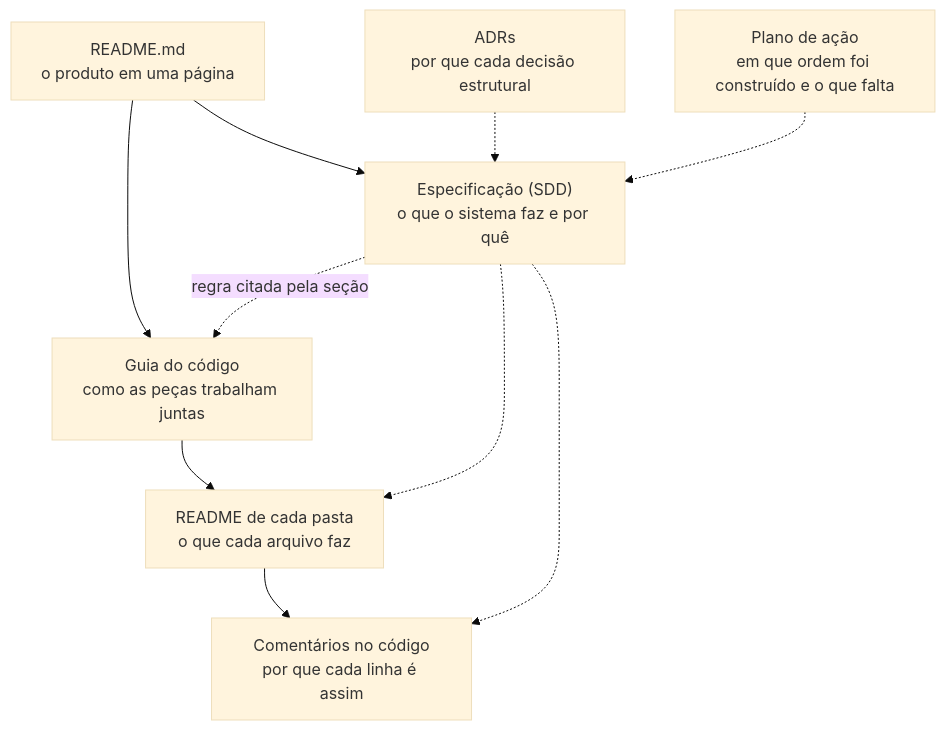
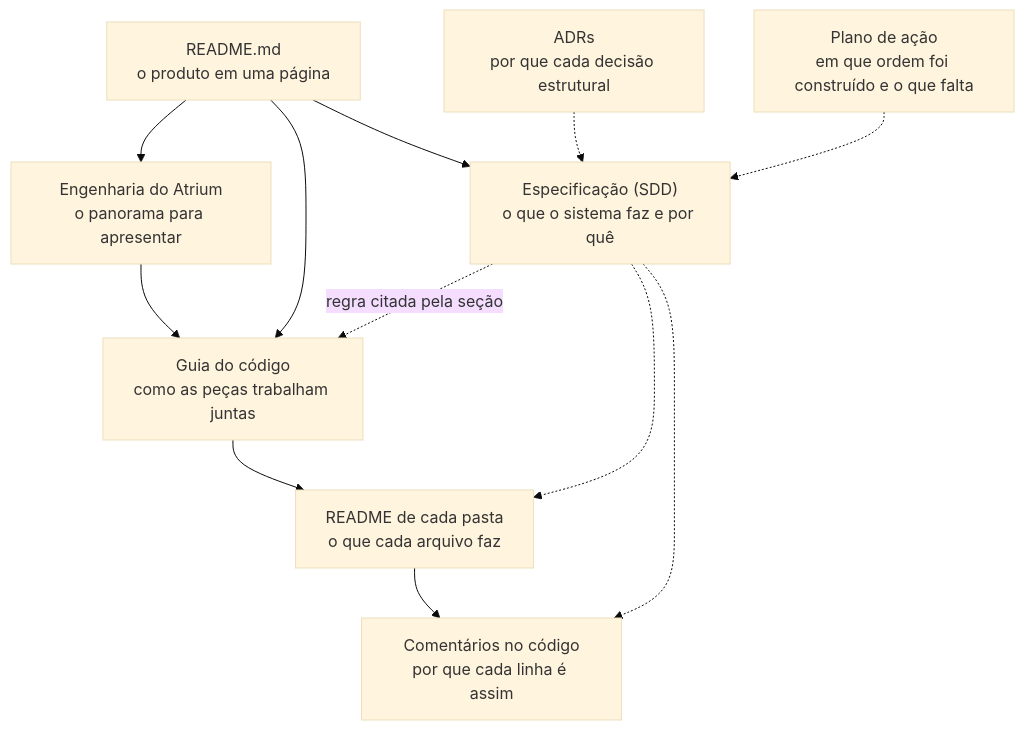
Before and after one commit to Tiodevs/AI-Chat: the diagram in docs/README.md, drawn with Mermaid (base theme). The commit also changed other lines of this file and 2 other files, not shown here.

First line of the commit message:
docs: mapa e guia apontam para a visão de engenharia

````diff
--- a/docs/README.md
+++ b/docs/README.md
@@ -5,19 +5,21 @@
 ```mermaid
 flowchart TD
   readme["README.md<br/>o produto em uma página"]
+  engenharia["Engenharia do Atrium<br/>o panorama para apresentar"]
   sdd["Especificação (SDD)<br/>o que o sistema faz e por quê"]
   adr["ADRs<br/>por que cada decisão estrutural"]
   guia["Guia do código<br/>como as peças trabalham juntas"]
   pastas["README de cada pasta<br/>o que cada arquivo faz"]
   codigo["Comentários no código<br/>por que cada linha é assim"]
   plano["Plano de ação<br/>em que ordem foi construído e o que falta"]
 
+  readme --> engenharia --> guia
   readme --> guia
   readme --> sdd
   guia --> pastas --> codigo
   sdd -. "regra citada pela seção" .-> guia
   sdd -.-> pastas
   sdd -.-> codigo
   adr -.-> sdd
   plano -.-> sdd
 ```
````
